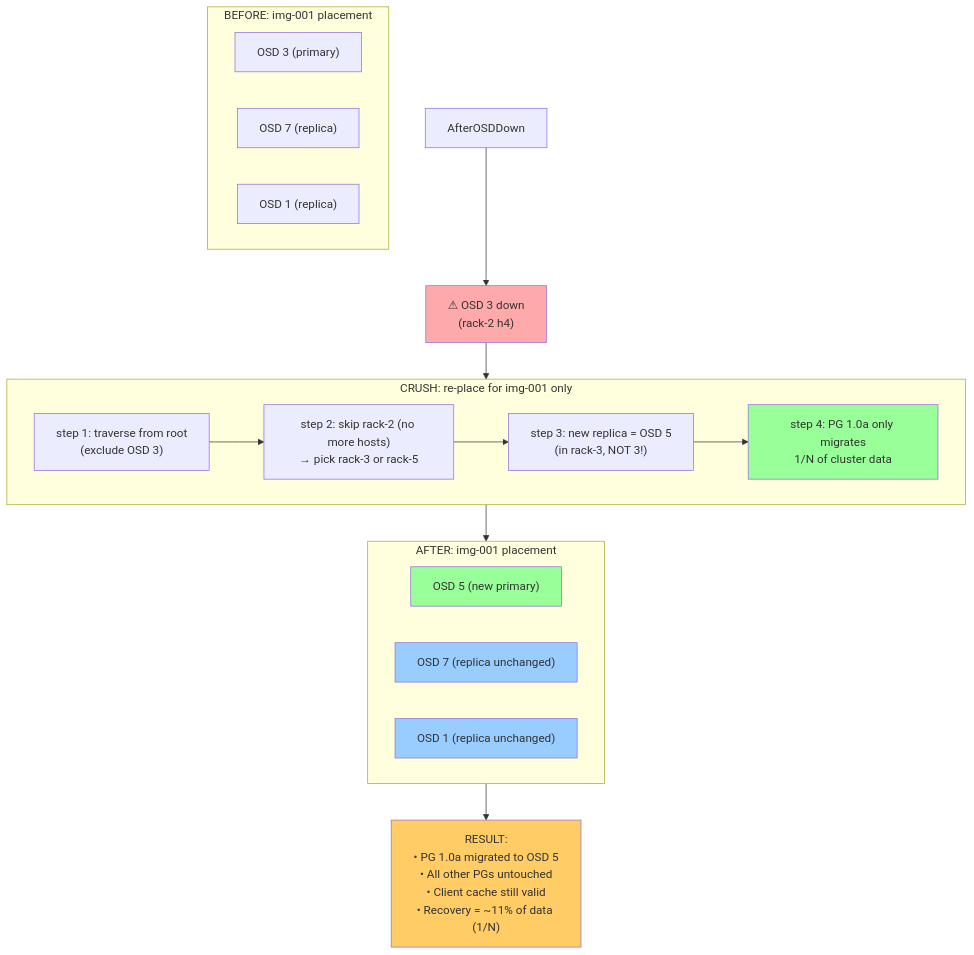
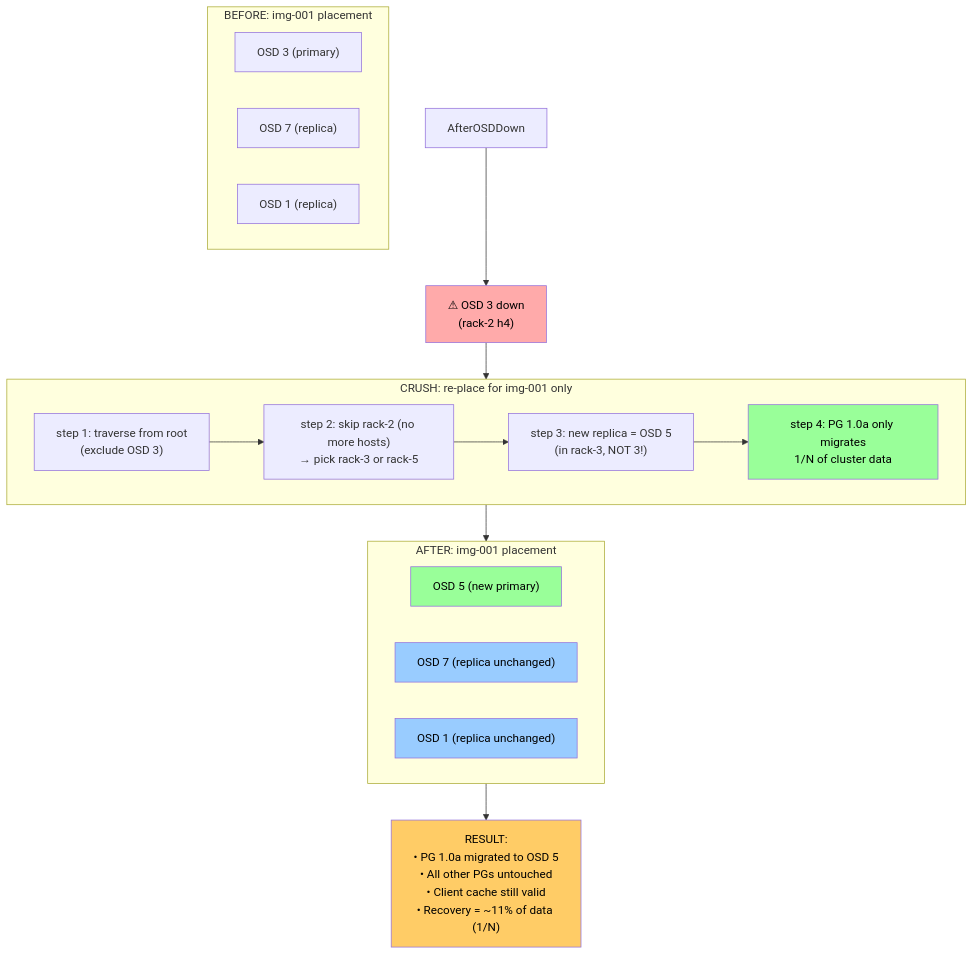
One commit to lkad/lkad.github.io changed the fifth of 6 diagrams in _posts/2026-09-18-ai-infra-02-ceph.md. Above: the diagram before and after it, drawn with Mermaid. The commit also changed other lines of this file and 13 other files, not shown here.

First line of the commit message:
refactor(mermaid): switch to Chirpy's built-in mermaid pipeline

````diff
--- a/_posts/2026-09-18-ai-infra-02-ceph.md
+++ b/_posts/2026-09-18-ai-infra-02-ceph.md
@@ -255,40 +256,40 @@
 ```mermaid
 flowchart TB
     subgraph BeforeOSDDown["BEFORE: img-001 placement"]
         D1["OSD 3 (primary)"]
         D2["OSD 7 (replica)"]
         D3["OSD 1 (replica)"]
     end
 
     Event["⚠ OSD 3 down<br/>(rack-2 h4)"]
     AfterOSDDown --> Event
 
     subgraph CRUSHRecover["CRUSH: re-place for img-001 only"]
         R1["step 1: traverse from root<br/>(exclude OSD 3)"]
         R2["step 2: skip rack-2 (no more hosts)<br/>→ pick rack-3 or rack-5"]
         R3["step 3: new replica = OSD 5<br/>(in rack-3, NOT 3!)"]
         R4["step 4: PG 1.0a only migrates<br/>1/N of cluster data"]
         R1 --> R2 --> R3 --> R4
     end
 
     Event --> CRUSHRecover
 
     subgraph After["AFTER: img-001 placement"]
         N1["OSD 5 (new primary)"]
         N2["OSD 7 (replica unchanged)"]
         N3["OSD 1 (replica unchanged)"]
     end
 
     CRUSHRecover --> After
 
     Summary["RESULT:<br/>• PG 1.0a migrated to OSD 5<br/>• All other PGs untouched<br/>• Client cache still valid<br/>• Recovery = ~11% of data (1/N)"]
 
     After --> Summary
 
-    style Event fill:#faa
-    style R4 fill:#9f9
-    style N1 fill:#9f9
-    style N2 fill:#9cf
-    style N3 fill:#9cf
-    style Summary fill:#fc6
+    style Event fill:#faa,color:#000
+    style R4 fill:#9f9,color:#000
+    style N1 fill:#9f9,color:#000
+    style N2 fill:#9cf,color:#000
+    style N3 fill:#9cf,color:#000
+    style Summary fill:#fc6,color:#000
 ```
````
